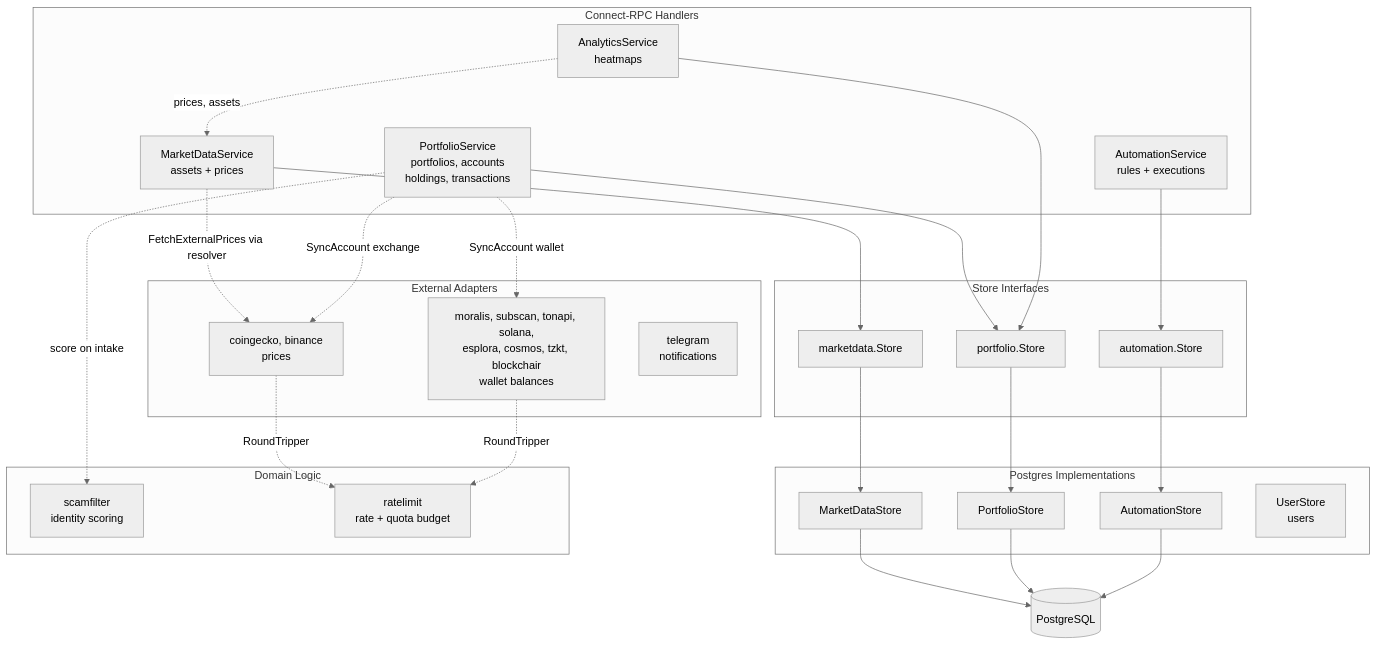
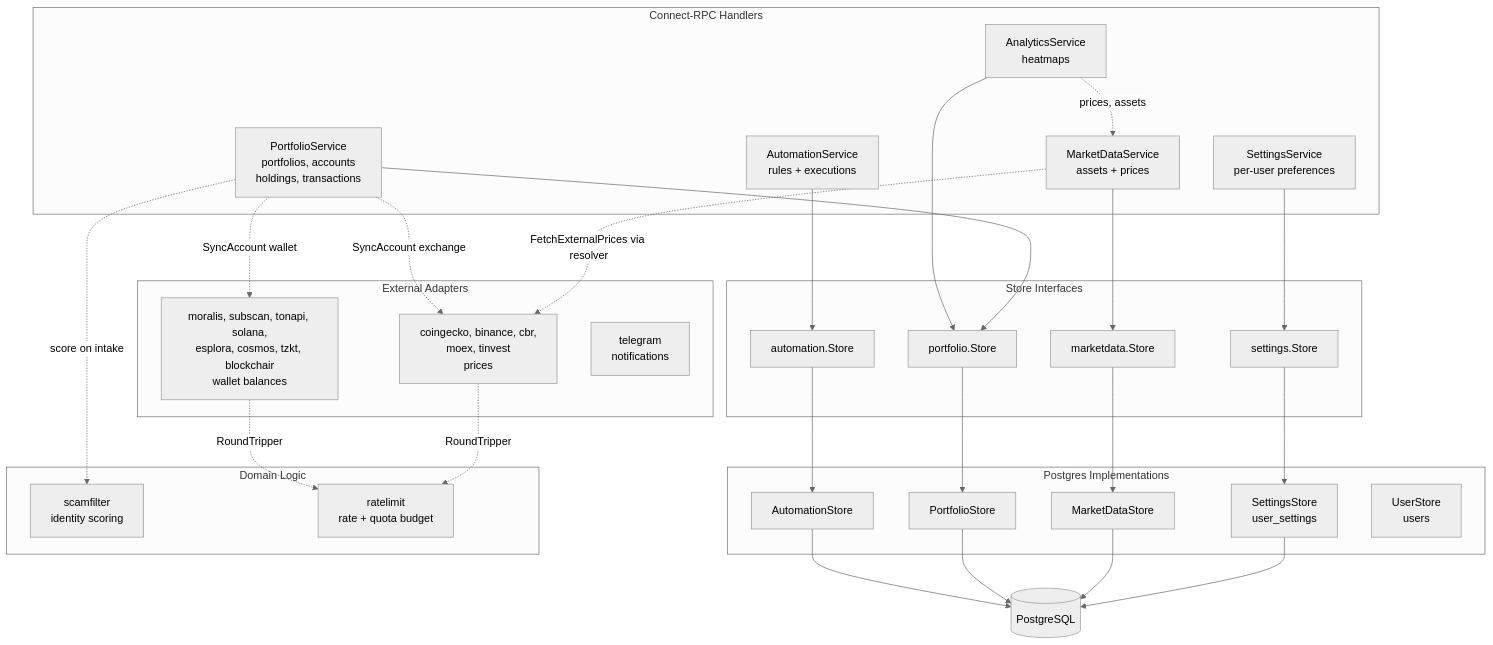
One commit to foxcool/greedy-eye changed the third of 3 diagrams in docs/architecture.md. Above: the diagram before and after it, drawn with Mermaid (neutral theme). The commit also changed other lines of this file, not shown here.

````diff
--- a/docs/architecture.md
+++ b/docs/architecture.md
@@ -276,46 +279,50 @@
 ```mermaid
 graph TB
     subgraph "Connect-RPC Handlers"
         MDS[MarketDataService<br/>assets + prices]
         PS[PortfolioService<br/>portfolios, accounts<br/>holdings, transactions]
         AS[AutomationService<br/>rules + executions]
         ANS[AnalyticsService<br/>heatmaps]
+        SET[SettingsService<br/>per-user preferences]
     end
 
     subgraph "Store Interfaces"
         MDSI[marketdata.Store]
         PSI[portfolio.Store]
         ASI[automation.Store]
+        SETI[settings.Store]
     end
 
     subgraph "Postgres Implementations"
         MDSP[MarketDataStore]
         PSP[PortfolioStore]
         ASP[AutomationStore]
+        SETP[SettingsStore<br/>user_settings]
         SSP[UserStore<br/>users]
     end
 
     subgraph "External Adapters"
-        Prices[coingecko, binance<br/>prices]
+        Prices[coingecko, binance, cbr,<br/>moex, tinvest<br/>prices]
         Wallets[moralis, subscan, tonapi, solana,<br/>esplora, cosmos, tzkt, blockchair<br/>wallet balances]
         Telegram[telegram<br/>notifications]
     end
 
     subgraph "Domain Logic"
         SF[scamfilter<br/>identity scoring]
         RL[ratelimit<br/>rate + quota budget]
     end
 
+    SET --> SETI --> SETP --> DB[(PostgreSQL)]
     MDS --> MDSI --> MDSP --> DB[(PostgreSQL)]
     PS  --> PSI  --> PSP  --> DB
     AS  --> ASI  --> ASP  --> DB
     ANS --> PSI
     ANS -.->|prices, assets| MDS
 
     MDS -.->|FetchExternalPrices via resolver| Prices
     PS  -.->|SyncAccount wallet| Wallets
     PS  -.->|SyncAccount exchange| Prices
     PS  -.->|score on intake| SF
     Prices -.->|RoundTripper| RL
     Wallets -.->|RoundTripper| RL
 ```
````
